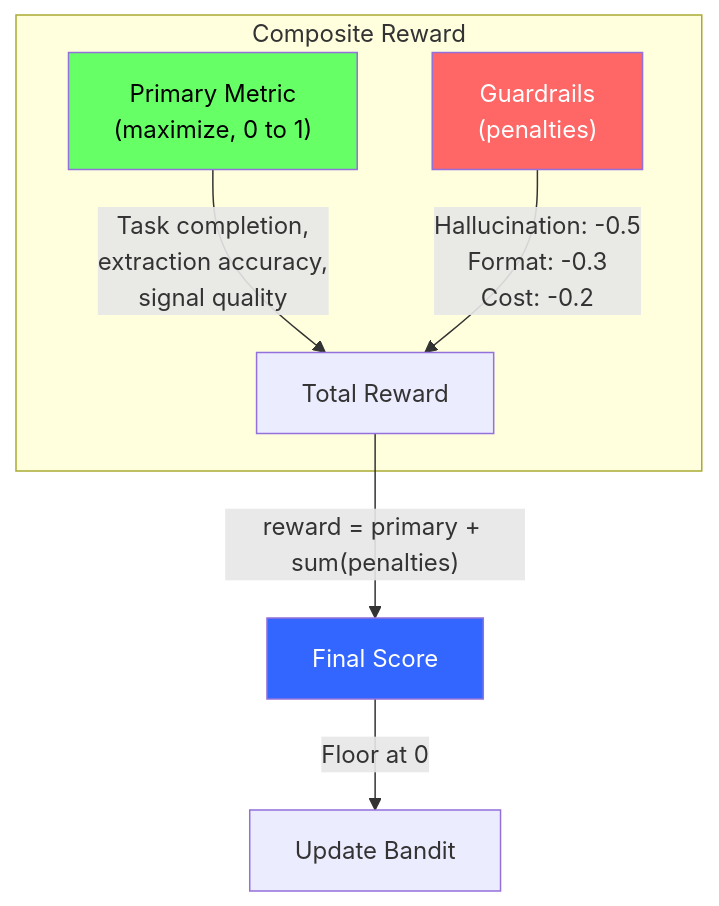
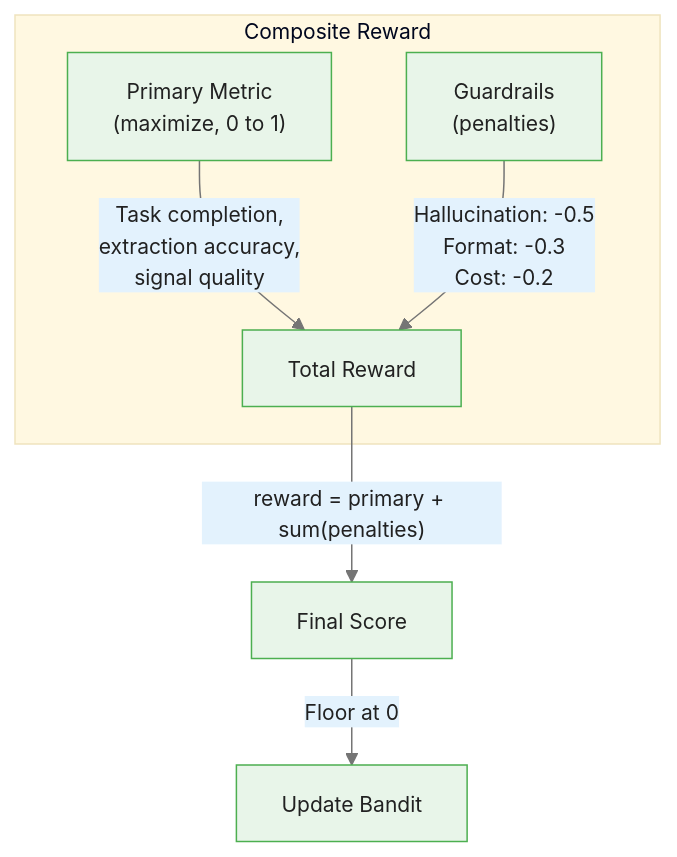
The first of 3 diagrams in courses/multi-armed-bandits-ab-testing/modules/module_08_prompt_routing_bandits/guides/02_reward_design_llm_slides.md (m-deane/course-creator), drawn with Mermaid before and after one commit. The commit also changed other lines of this file and 146 other files, not shown here.

````diff
--- a/courses/multi-armed-bandits-ab-testing/modules/module_08_prompt_routing_bandits/guides/02_reward_design_llm_slides.md
+++ b/courses/multi-armed-bandits-ab-testing/modules/module_08_prompt_routing_bandits/guides/02_reward_design_llm_slides.md
@@ -43,14 +57,11 @@
 ```mermaid
+%%{init: {"theme": "base", "themeVariables": {"primaryColor": "#e8f5e9", "primaryBorderColor": "#4caf50", "primaryTextColor": "#212121", "secondaryColor": "#e3f2fd", "tertiaryColor": "#fff8e1", "lineColor": "#757575", "fontFamily": "Inter, sans-serif", "fontSize": "14px"}}}%%
 flowchart TD
     subgraph Reward["Composite Reward"]
         PM["Primary Metric<br/>(maximize, 0 to 1)"] --> |"Task completion,<br/>extraction accuracy,<br/>signal quality"| Total["Total Reward"]
         GR["Guardrails<br/>(penalties)"] --> |"Hallucination: -0.5<br/>Format: -0.3<br/>Cost: -0.2"| Total
     end
 
     Total --> |"reward = primary + sum(penalties)"| Final["Final Score"]
     Final --> |"Floor at 0"| Update["Update Bandit"]
-
-    style PM fill:#6f6,color:#000
-    style GR fill:#f66,color:#fff
-    style Final fill:#36f,color:#fff
 ```
````
